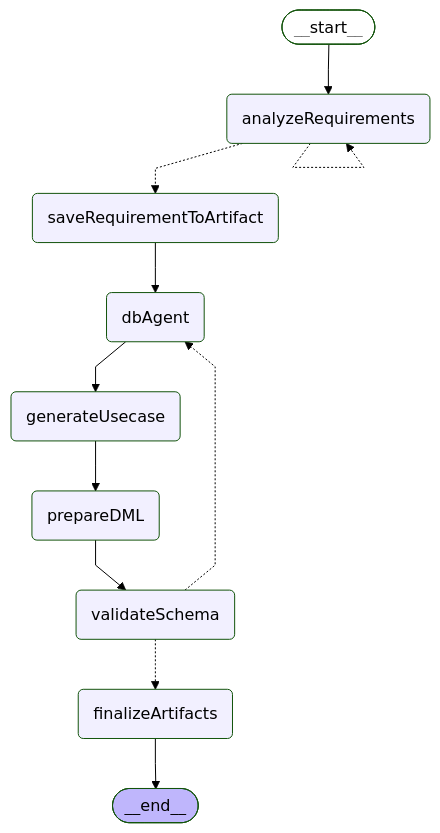
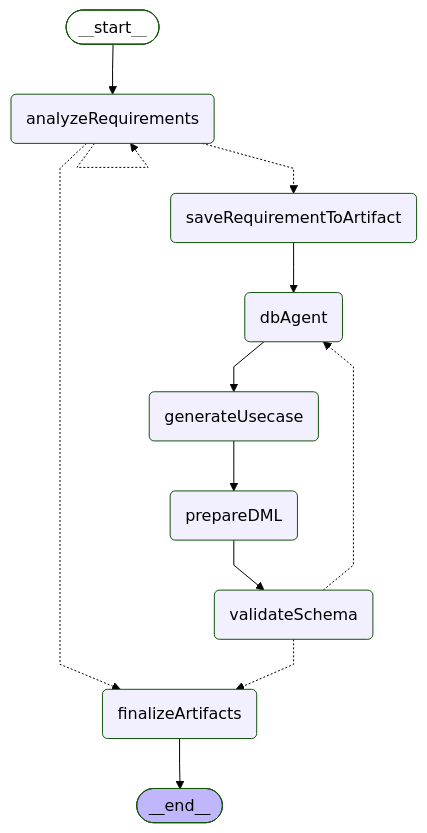
One commit to yzkee/liam changed the first of 2 diagrams in frontend/internal-packages/agent/src/chat/workflow/README.md. Above: the diagram before and after it, drawn with Mermaid (forest theme). The commit also changed other lines of this file and 3 other files, not shown here.

First line of the commit message:
🐛 Fix infinite loop risk in analyzeRequirements conditional edge

````diff
--- a/frontend/internal-packages/agent/src/chat/workflow/README.md
+++ b/frontend/internal-packages/agent/src/chat/workflow/README.md
@@ -7,26 +7,27 @@
 ```mermaid
 %%{init: {'flowchart': {'curve': 'linear'}}}%%
 graph TD;
 	__start__([<p>__start__</p>]):::first
 	analyzeRequirements(analyzeRequirements)
 	saveRequirementToArtifact(saveRequirementToArtifact)
 	dbAgent(dbAgent)
 	generateUsecase(generateUsecase)
 	prepareDML(prepareDML)
 	validateSchema(validateSchema)
 	finalizeArtifacts(finalizeArtifacts)
 	__end__([<p>__end__</p>]):::last
 	__start__ --> analyzeRequirements;
 	dbAgent --> generateUsecase;
 	finalizeArtifacts --> __end__;
 	generateUsecase --> prepareDML;
 	prepareDML --> validateSchema;
 	saveRequirementToArtifact --> dbAgent;
 	analyzeRequirements -.-> saveRequirementToArtifact;
+	analyzeRequirements -.-> finalizeArtifacts;
 	validateSchema -.-> dbAgent;
 	validateSchema -.-> finalizeArtifacts;
 	analyzeRequirements -.-> analyzeRequirements;
 	classDef default fill:#f2f0ff,line-height:1.2;
 	classDef first fill-opacity:0;
 	classDef last fill:#bfb6fc;
 ```
````
